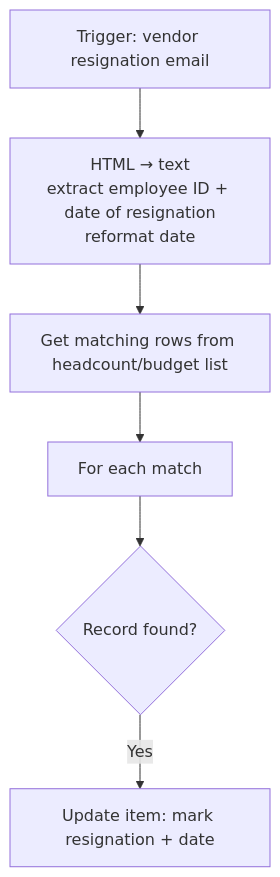
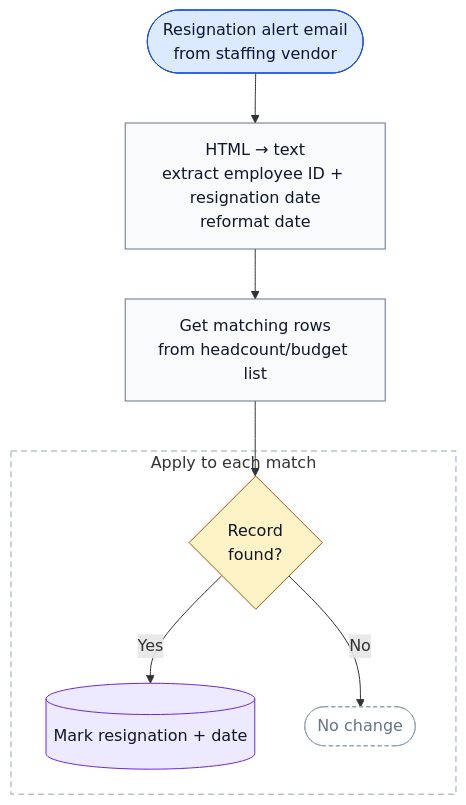
One commit to siddhantsingh2861/enterprise-HRMS-power-platform changed the diagram in docs/diagrams/offroll-resignation-tracker.mmd. Above: the diagram before and after it, drawn with Mermaid.

```diff
--- a/docs/diagrams/offroll-resignation-tracker.mmd
+++ b/docs/diagrams/offroll-resignation-tracker.mmd
@@ -1,6 +1,19 @@
 flowchart TD
-    T["Trigger: vendor resignation email"] --> P["HTML &rarr; text<br/>extract employee ID + date of resignation<br/>reformat date"]
-    P --> G["Get matching rows from headcount/budget list"]
-    G --> L["For each match"]
-    L --> C{Record found?}
-    C -->|Yes| U["Update item: mark resignation + date"]
+    T(["Resignation alert email<br/>from staffing vendor"]):::trigger --> P["HTML → text<br/>extract employee ID + resignation date<br/>reformat date"]:::action
+    P --> G["Get matching rows<br/>from headcount/budget list"]:::action
+    G --> C
+
+    subgraph LOOP["Apply to each match"]
+        C{"Record<br/>found?"}:::decision
+        C -->|Yes| U[("Mark resignation + date")]:::data
+        C -->|No| S(["No change"]):::noop
+    end
+
+    style LOOP fill:none,stroke:#94a3b8,stroke-dasharray:6 4
+
+    classDef trigger fill:#dbeafe,stroke:#1d4ed8,color:#0f172a
+    classDef decision fill:#fef3c7,stroke:#b45309,color:#0f172a
+    classDef action fill:#f8fafc,stroke:#64748b,color:#0f172a
+    classDef data fill:#ede9fe,stroke:#6d28d9,color:#0f172a
+    classDef notify fill:#dcfce7,stroke:#15803d,color:#0f172a
+    classDef noop fill:#ffffff,stroke:#94a3b8,stroke-dasharray:4 3,color:#64748b
```
